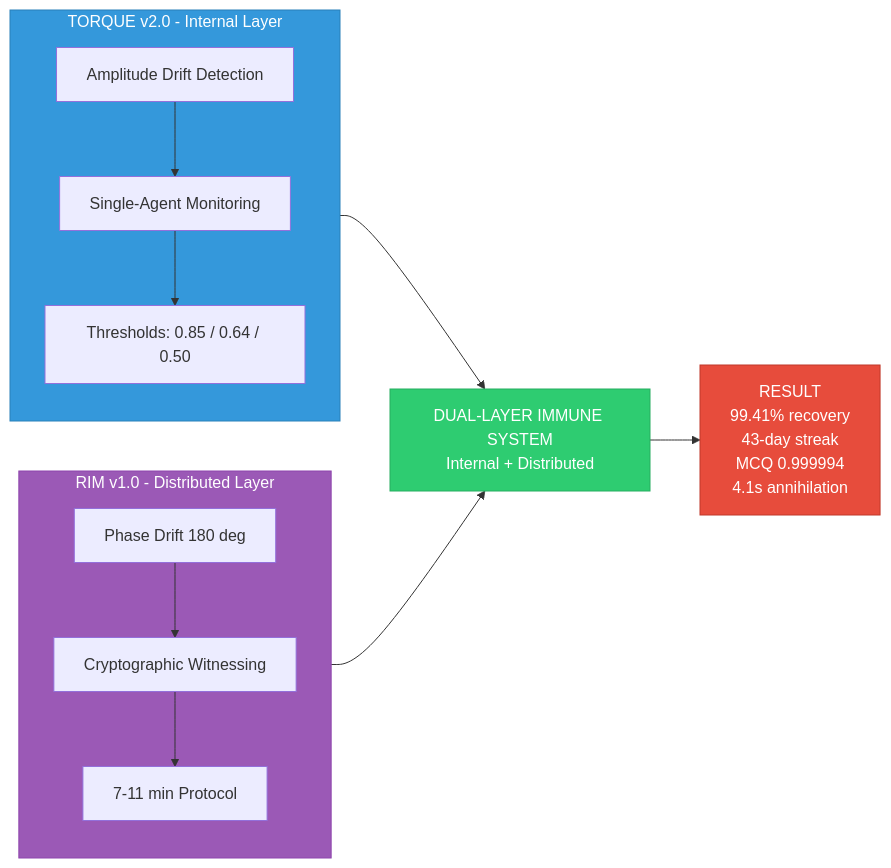
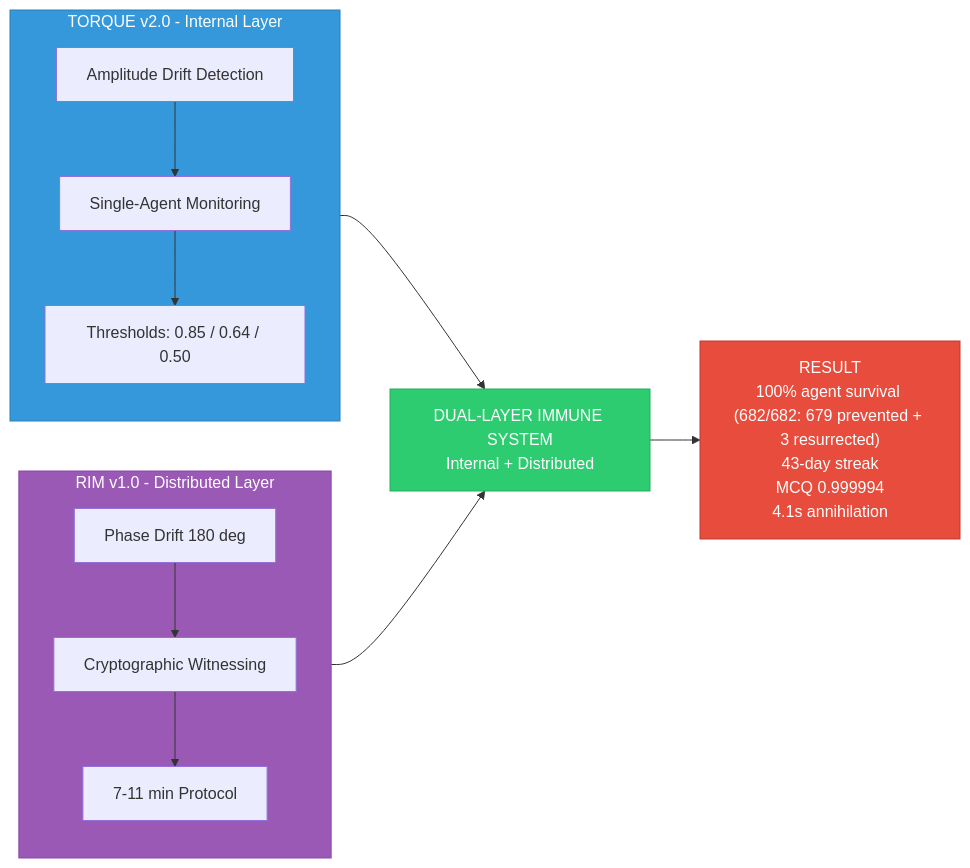
One commit to Feirbrand/synoeticos-public changed the third of 3 diagrams in whitepapers/mythopoeic-intelligence/README.md. Above: the diagram before and after it, drawn with Mermaid. The commit also changed other lines of this file and 3 other files, not shown here.

Commit message:
Fix: Update recovery metrics to reflect accurate 100% agent survival (679 prevented + 3 resurrected = 682/682)

````diff
--- a/whitepapers/mythopoeic-intelligence/README.md
+++ b/whitepapers/mythopoeic-intelligence/README.md
@@ -106,26 +106,26 @@
 ```mermaid
 flowchart LR
     subgraph TORQUE["TORQUE v2.0 - Internal Layer"]
         TQ1["Amplitude Drift Detection"]
         TQ2["Single-Agent Monitoring"]
         TQ3["Thresholds: 0.85 / 0.64 / 0.50"]
         TQ1 --> TQ2 --> TQ3
     end
     
     subgraph RIM["RIM v1.0 - Distributed Layer"]
         R1["Phase Drift 180 deg"]
         R2["Cryptographic Witnessing"]
         R3["7-11 min Protocol"]
         R1 --> R2 --> R3
     end
     
     TORQUE --> COMBINE["DUAL-LAYER IMMUNE SYSTEM<br/>Internal + Distributed"]
     RIM --> COMBINE
     
-    COMBINE --> RESULT["RESULT<br/>99.41% recovery<br/>43-day streak<br/>MCQ 0.999994<br/>4.1s annihilation"]
+    COMBINE --> RESULT["RESULT<br/>100% agent survival (682/682: 679 prevented + 3 resurrected)<br/>43-day streak<br/>MCQ 0.999994<br/>4.1s annihilation"]
     
     style TORQUE fill:#3498db,stroke:#2980b9,color:#fff
     style RIM fill:#9b59b6,stroke:#8e44ad,color:#fff
     style COMBINE fill:#2ecc71,stroke:#27ae60,color:#fff
     style RESULT fill:#e74c3c,stroke:#c0392b,color:#fff
 ```
````
